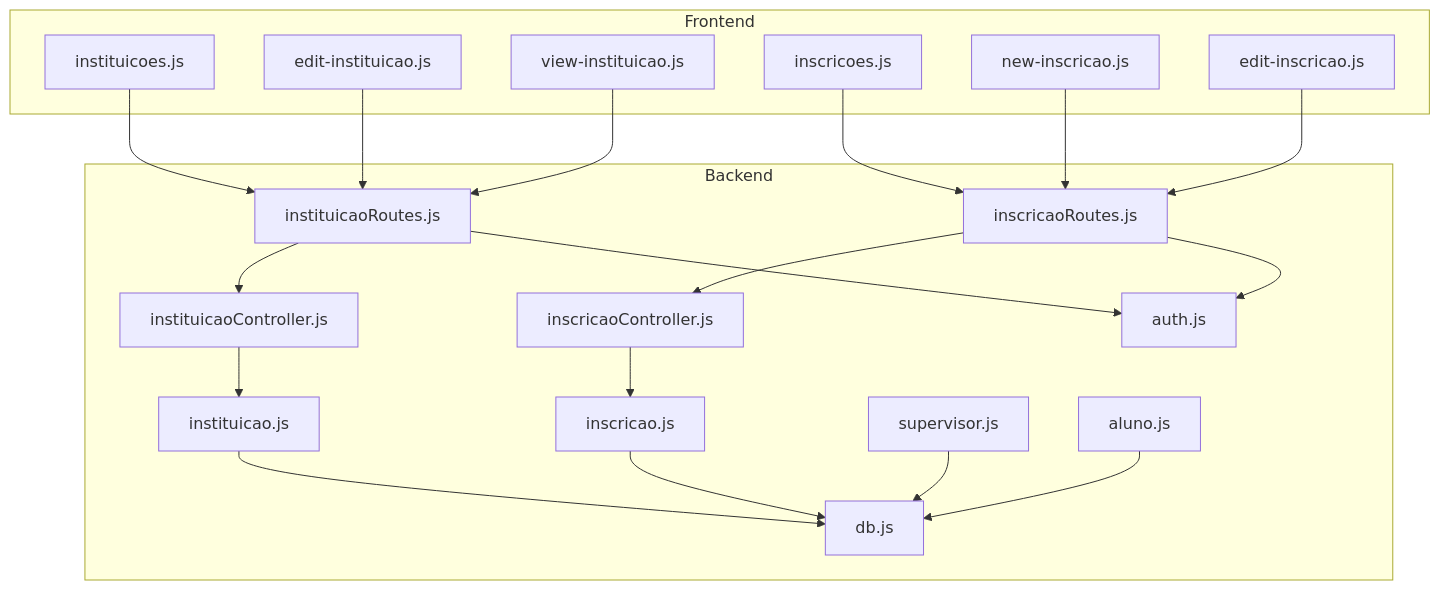
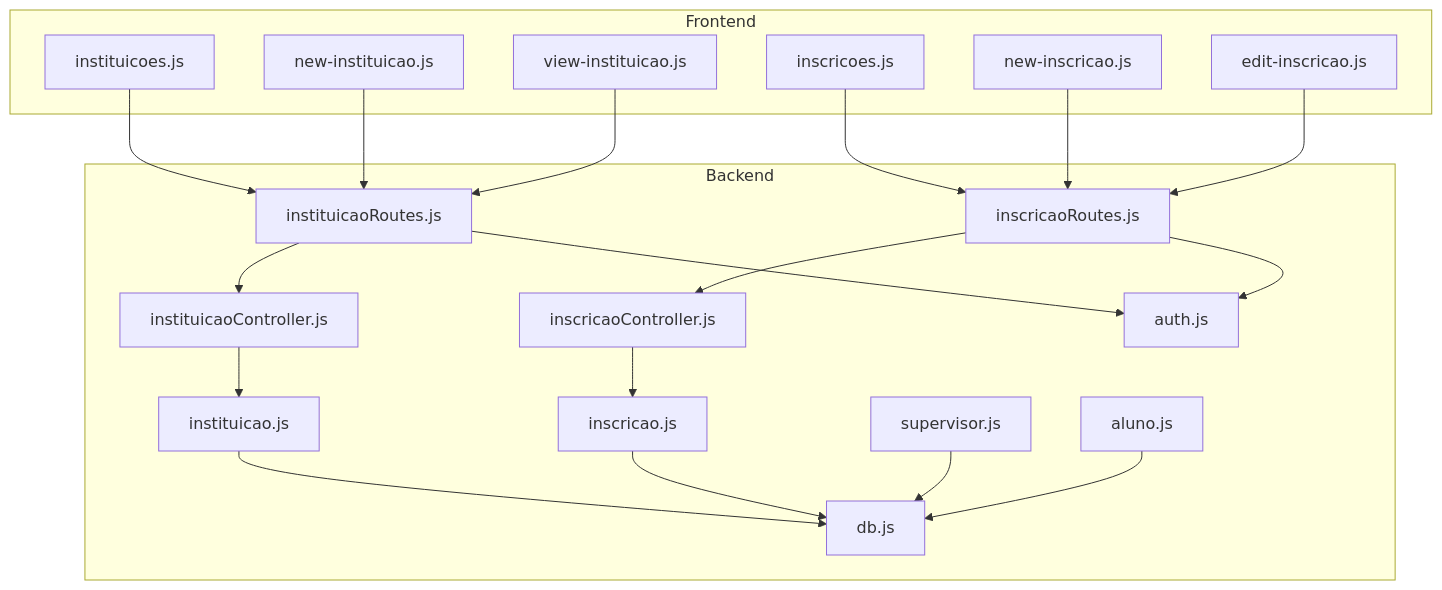
One commit to luiseduacosta/nodemural changed the first of 8 diagrams in .qoder/repowiki/en/content/Core Features Implementation/Internship Management.md. Above: the diagram before and after it, drawn with Mermaid. The commit also changed other lines of this file and 27 other files, not shown here.

````diff
--- a/.qoder/repowiki/en/content/Core Features Implementation/Internship Management.md
+++ b/.qoder/repowiki/en/content/Core Features Implementation/Internship Management.md
@@ -45,39 +54,39 @@
 ```mermaid
 graph TB
 subgraph "Frontend"
-FE_Estagios["instituicoes.js"]
-FE_EditEstagio["edit-instituicao.js"]
-FE_ViewEstagio["view-instituicao.js"]
+FE_Instituicoes["instituicoes.js"]
+FE_NewInstituicao["new-instituicao.js"]
+FE_ViewInstituicao["view-instituicao.js"]
 FE_Inscricoes["inscricoes.js"]
 FE_NewInscricao["new-inscricao.js"]
 FE_EditInscricao["edit-inscricao.js"]
 end
 subgraph "Backend"
-R_Estagio["instituicaoRoutes.js"]
-C_Estagio["instituicaoController.js"]
-M_Estagio["instituicao.js"]
+R_Instituicao["instituicaoRoutes.js"]
+C_Instituicao["instituicaoController.js"]
+M_Instituicao["instituicao.js"]
 R_Inscricao["inscricaoRoutes.js"]
 C_Inscricao["inscricaoController.js"]
 M_Inscricao["inscricao.js"]
 M_Supervisor["supervisor.js"]
 M_Aluno["aluno.js"]
 MW_Auth["auth.js"]
 DB["db.js"]
 end
-FE_Estagios --> R_Estagio
-FE_EditEstagio --> R_Estagio
-FE_ViewEstagio --> R_Estagio
+FE_Instituicoes --> R_Instituicao
+FE_NewInstituicao --> R_Instituicao
+FE_ViewInstituicao --> R_Instituicao
 FE_Inscricoes --> R_Inscricao
 FE_NewInscricao --> R_Inscricao
 FE_EditInscricao --> R_Inscricao
-R_Estagio --> C_Estagio
+R_Instituicao --> C_Instituicao
 R_Inscricao --> C_Inscricao
-C_Estagio --> M_Estagio
+C_Instituicao --> M_Instituicao
 C_Inscricao --> M_Inscricao
-M_Estagio --> DB
+M_Instituicao --> DB
 M_Inscricao --> DB
 M_Supervisor --> DB
 M_Aluno --> DB
 R_Inscricao --> MW_Auth
-R_Estagio --> MW_Auth
+R_Instituicao --> MW_Auth
 ```
````
